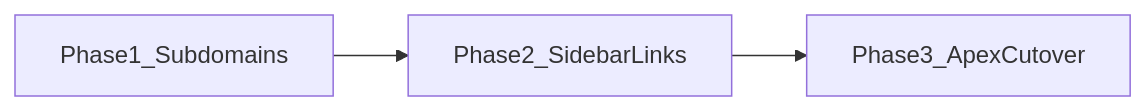
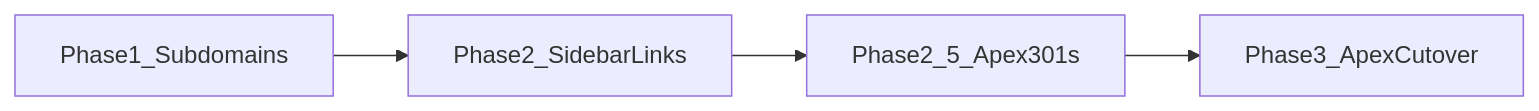
The diagram in DOMAIN_CONSOLIDATION_CHARTER.md (Kahana-LLC/kahana-homepage-public), drawn with Mermaid before and after one commit. The commit also changed other lines of this file and 13 other files, not shown here.

First line of the commit message:
Add Phase 2.5 apex marketing 301s to corporate subdomains.

````diff
--- a/DOMAIN_CONSOLIDATION_CHARTER.md
+++ b/DOMAIN_CONSOLIDATION_CHARTER.md
@@ -63,7 +63,8 @@
 ```mermaid
 flowchart LR
   p1[Phase1_Subdomains]
   p2[Phase2_SidebarLinks]
+  p25[Phase2_5_Apex301s]
   p3[Phase3_ApexCutover]
-  p1 --> p2 --> p3
+  p1 --> p2 --> p25 --> p3
 ```
````
